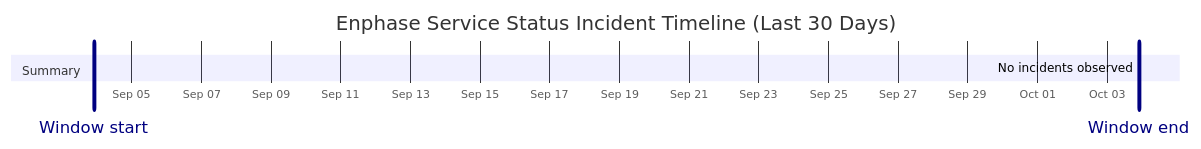
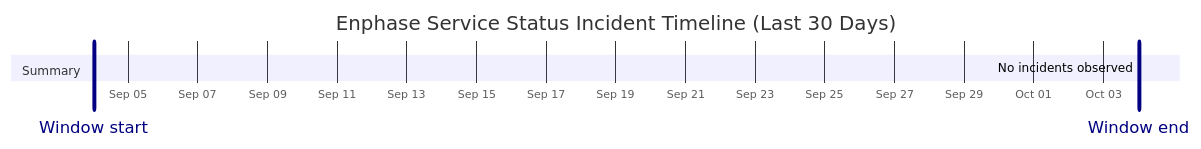
The diagram in wiki/Service-Status-History.md (barneyonline/ha-enphase-energy), drawn with Mermaid before and after one commit. The commit also changed other lines of this file and 3 other files, not shown here.

````diff
--- a/wiki/Service-Status-History.md
+++ b/wiki/Service-Status-History.md
@@ -14,10 +14,10 @@
 ```mermaid
 gantt
     title Enphase Service Status Incident Timeline (Last 30 Days)
     dateFormat  YYYY-MM-DDTHH:mm:ss
     axisFormat  %b %d
-    Window start :vert, window-start, 2026-09-03T21:58:48, 0ms
-    Window end :vert, window-end, 2026-10-03T21:58:48, 0ms
+    Window start :vert, window-start, 2026-09-04T00:28:08, 0ms
+    Window end :vert, window-end, 2026-10-04T00:28:08, 0ms
     section Summary
-    No incidents observed :done, 2026-10-03T21:58:48, 1m
+    No incidents observed :done, 2026-10-04T00:28:08, 1m
 ```
````
